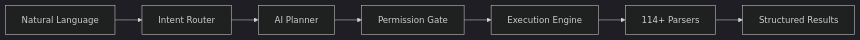
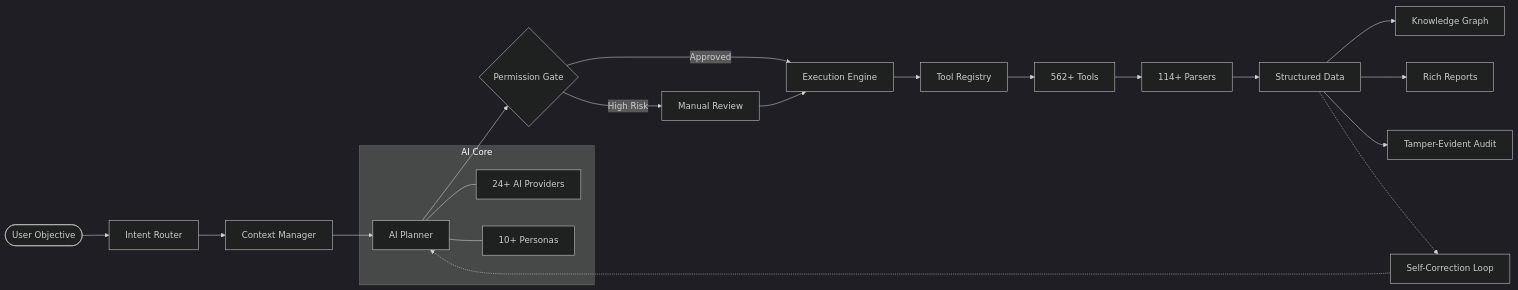
The diagram in README.md (mufthakherul/siyarix), drawn with Mermaid (dark theme) before and after one commit. The commit also changed other lines of this file and 2 other files, not shown here.

````diff
--- a/README.md
+++ b/README.md
@@ -54,9 +73,28 @@
 ```mermaid
 graph LR
-    A[Natural Language] --> B[Intent Router]
-    B --> C[AI Planner]
-    C --> D[Permission Gate]
-    D --> E[Execution Engine]
-    E --> F[114+ Parsers]
-    F --> G[Structured Results]
+    User([User Objective]) --> Router[Intent Router]
+    Router --> Context[Context Manager]
+    Context --> Planner[AI Planner]
+    Planner --> Gate{Permission Gate}
+    
+    subgraph "AI Core"
+        Planner --- Providers[24+ AI Providers]
+        Planner --- Personas[10+ Personas]
+    end
+    
+    Gate -- Approved --> Engine[Execution Engine]
+    Gate -- High Risk --> Review[Manual Review]
+    Review --> Engine
+    
+    Engine --> Registry[Tool Registry]
+    Registry --> Tools[562+ Tools]
+    Tools --> Parsers[114+ Parsers]
+    
+    Parsers --> Results[Structured Data]
+    Results --> Graph[Knowledge Graph]
+    Results --> Report[Rich Reports]
+    Results --> Audit[Tamper-Evident Audit]
+    
+    Results -.-> Feedback[Self-Correction Loop]
+    Feedback -.-> Planner
 ```
````
